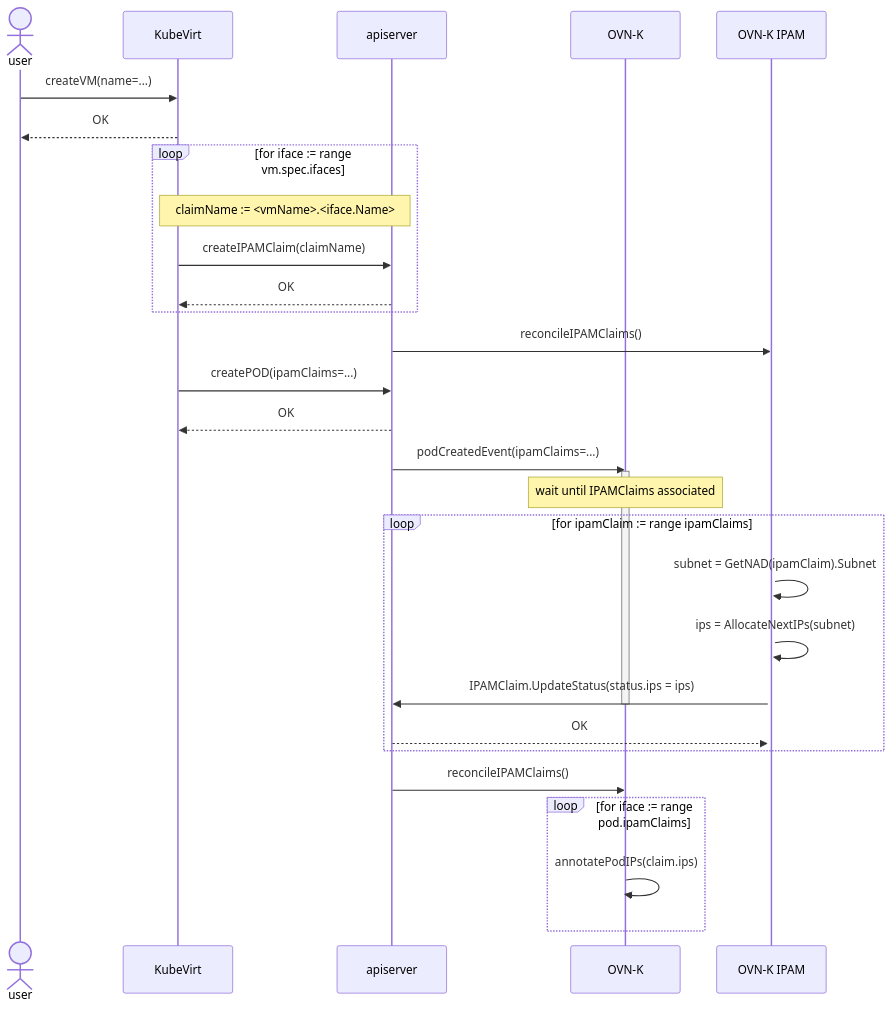
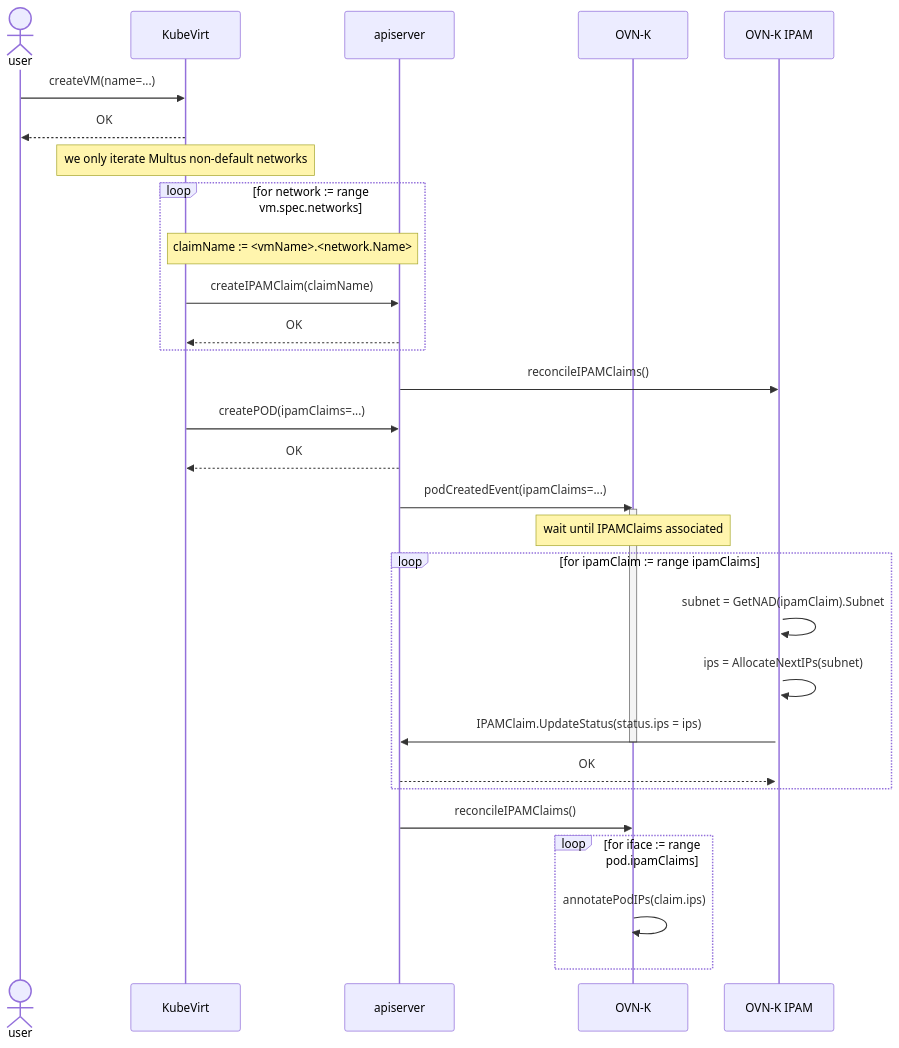
Before and after one commit to openshift/enhancements: diagram 15 of 15 in enhancements/network/persistent-ips-sdn-secondary-networks.md, drawn with Mermaid. The commit also changed other lines of this file, not shown here.

````diff
--- a/enhancements/network/persistent-ips-sdn-secondary-networks.md
+++ b/enhancements/network/persistent-ips-sdn-secondary-networks.md
@@ -975,41 +1055,42 @@
 ```mermaid
 sequenceDiagram
     actor user
     participant KubeVirt
     participant apiserver
     participant OVN-K
     participant OVN-K IPAM
 
     user->>KubeVirt: createVM(name=...)
     KubeVirt-->>user: OK
 
-    loop for iface := range vm.spec.ifaces
-        note over KubeVirt, apiserver: claimName := <vmName>.<iface.Name>
+    note over KubeVirt: we only iterate Multus non-default networks
+    loop for network := range vm.spec.networks
+        note over KubeVirt, apiserver: claimName := <vmName>.<network.Name>
         KubeVirt->>apiserver: createIPAMClaim(claimName)
         apiserver-->>KubeVirt: OK
     end
 
     apiserver->>OVN-K IPAM: reconcileIPAMClaims()
     activate OVN-K IPAM
 
     KubeVirt->>apiserver: createPOD(ipamClaims=...)
     apiserver-->>KubeVirt: OK
 
     apiserver->>OVN-K: podCreatedEvent(ipamClaims=...)
     activate OVN-K
 
     note over OVN-K: wait until IPAMClaims associated
 
     loop for ipamClaim := range ipamClaims
         OVN-K IPAM->>OVN-K IPAM: subnet = GetNAD(ipamClaim).Subnet
         OVN-K IPAM->> OVN-K IPAM: ips = AllocateNextIPs(subnet)
         OVN-K IPAM->>apiserver: IPAMClaim.UpdateStatus(status.ips = ips)
         deactivate OVN-K
         apiserver-->>OVN-K IPAM: OK
     end
 
     apiserver->>OVN-K: reconcileIPAMClaims()
     loop for iface := range pod.ipamClaims
         OVN-K->>OVN-K: annotatePodIPs(claim.ips)
     end
 ```
````
